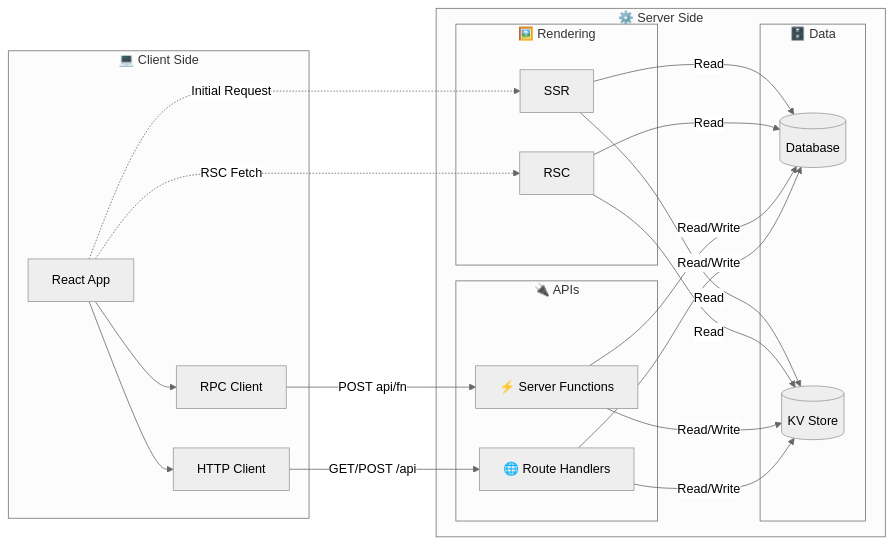
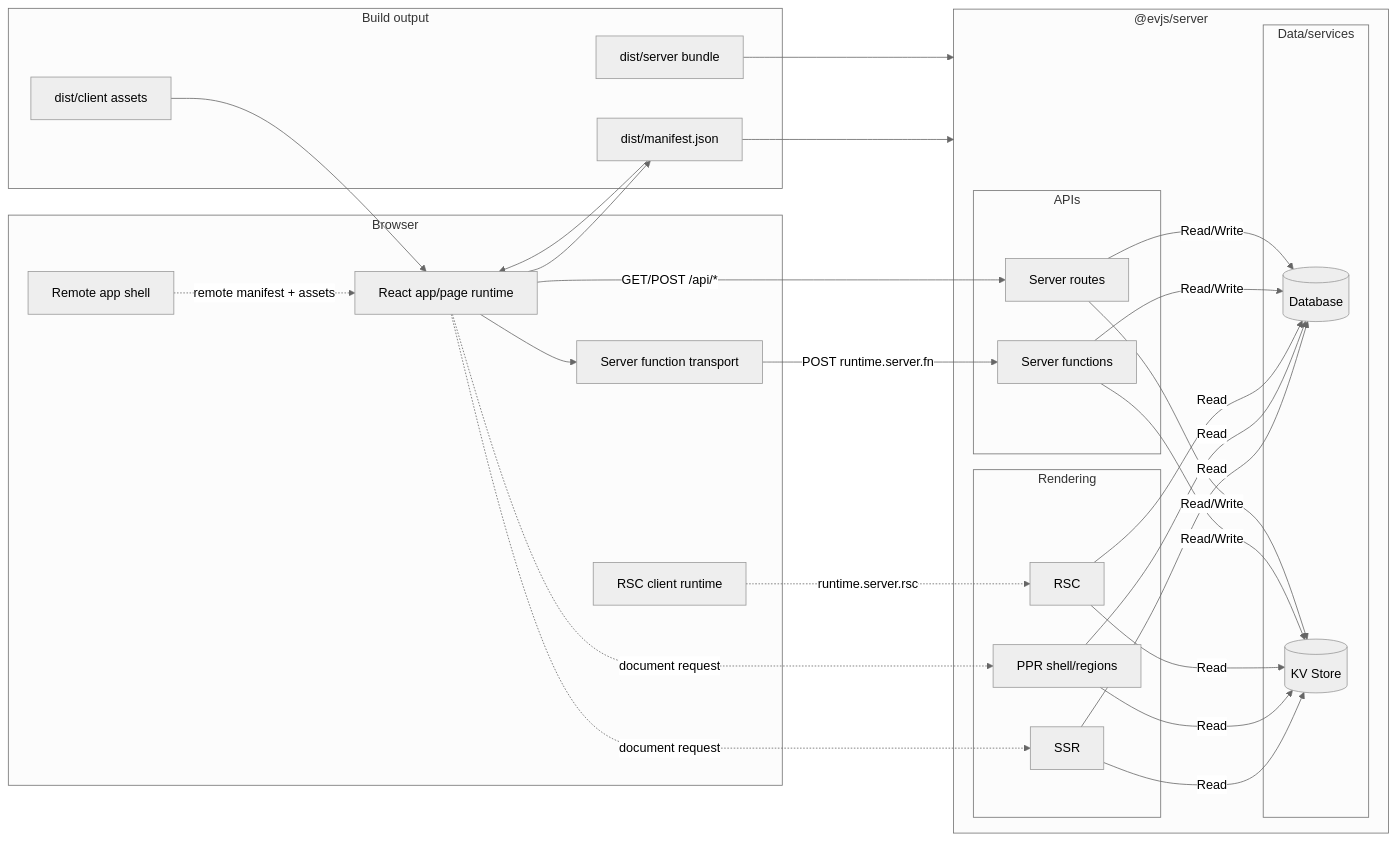
The diagram in docs/docs/overview.md (afx-team/evjs), drawn with Mermaid (neutral theme) before and after one commit. The commit also changed other lines of this file and 59 other files, not shown here.

Commit message:
refactor architecture render declarations

````diff
--- a/docs/docs/overview.md
+++ b/docs/docs/overview.md
@@ -22,41 +30,58 @@
 ```mermaid
 flowchart LR
-    subgraph ClientSide ["💻 Client Side"]
-        UI["React App"]
-        RPC["RPC Client"]
-        FETCH["HTTP Client"]
+    subgraph Browser ["Browser"]
+        UI["React app/page runtime"]
+        RPC["Server function transport"]
+        REMOTE["Remote app shell"]
+        RSCClient["RSC client runtime"]
     end
 
-    subgraph ServerSide ["⚙️ Server Side"]
-        subgraph RenderingLayer ["🖼️ Rendering"]
+    subgraph Server ["@evjs/server"]
+        subgraph Rendering ["Rendering"]
             SSR["SSR"]
+            PPR["PPR shell/regions"]
             RSC["RSC"]
         end
 
-        subgraph APILayer ["🔌 APIs"]
-            SF["⚡ Server Functions"]
-            RH["🌐 Route Handlers"]
+        subgraph APIs ["APIs"]
+            SF["Server functions"]
+            RH["Server routes"]
         end
 
-        subgraph DataLayer ["🗄️ Data"]
+        subgraph Data ["Data/services"]
             DB[("Database")]
             KV[("KV Store")]
         end
     end
 
+    subgraph Build ["Build output"]
+        MANIFEST["dist/manifest.json"]
+        ASSETS["dist/client assets"]
+        SERVERBUNDLE["dist/server bundle"]
+    end
+
+    UI --> MANIFEST
+    UI --> RPC
+    UI -.->|"document request"| SSR
+    UI -.->|"document request"| PPR
+    RSCClient -.->|"runtime.server.rsc"| RSC
+    REMOTE -.->|"remote manifest + assets"| UI
+
     SSR -->|Read| DB
     SSR -->|Read| KV
+    PPR -->|Read| DB
+    PPR -->|Read| KV
     RSC -->|Read| DB
     RSC -->|Read| KV
     SF -->|Read/Write| DB
     SF -->|Read/Write| KV
     RH -->|Read/Write| DB
     RH -->|Read/Write| KV
 
-    UI --> RPC
-    UI --> FETCH
-    UI -.->|Initial Request| SSR
-    UI -.->|RSC Fetch| RSC
-    RPC -->|POST api/fn| SF
-    FETCH -->|GET/POST /api| RH
+    RPC -->|"POST runtime.server.fn"| SF
+    UI -->|"GET/POST /api/*"| RH
+    MANIFEST --> UI
+    MANIFEST --> Server
+    ASSETS --> UI
+    SERVERBUNDLE --> Server
 ```
````
